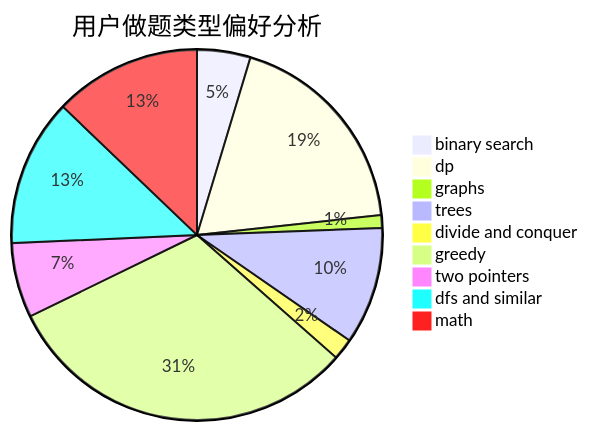
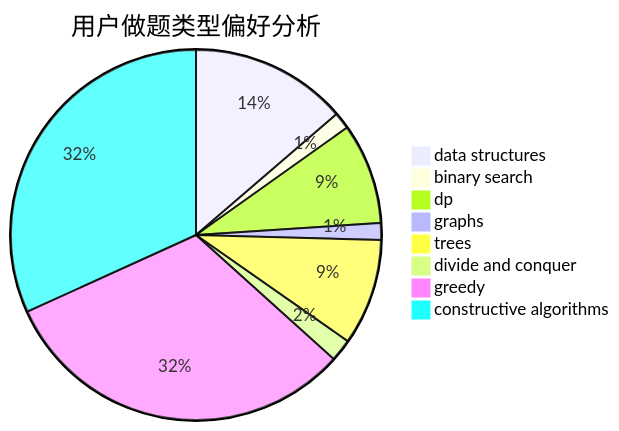
Before and after one commit to sherpahu/cfrs.github.io: the second of 3 diagrams in docs/user/u972.md, drawn with Mermaid. The commit also changed other lines of this file and 2775 other files, not shown here.

````diff
--- a/docs/user/u972.md
+++ b/docs/user/u972.md
@@ -23,12 +23,11 @@
 ```mermaid
 pie title 用户做题类型偏好分析
-    "binary search" :  25
-    "dp" :  100
+    "data structures" :  56
+    "binary search" :  6
+    "dp" :  36
     "graphs" :  6
-    "trees" :  55
-    "divide and conquer" :  10
-    "greedy" :  168
-    "two pointers" :  35
-    "dfs and similar" :  69
-    "math" :  69
+    "trees" :  38
+    "divide and conquer" :  8
+    "greedy" :  129
+    "constructive algorithms" :  130
 ```
````
